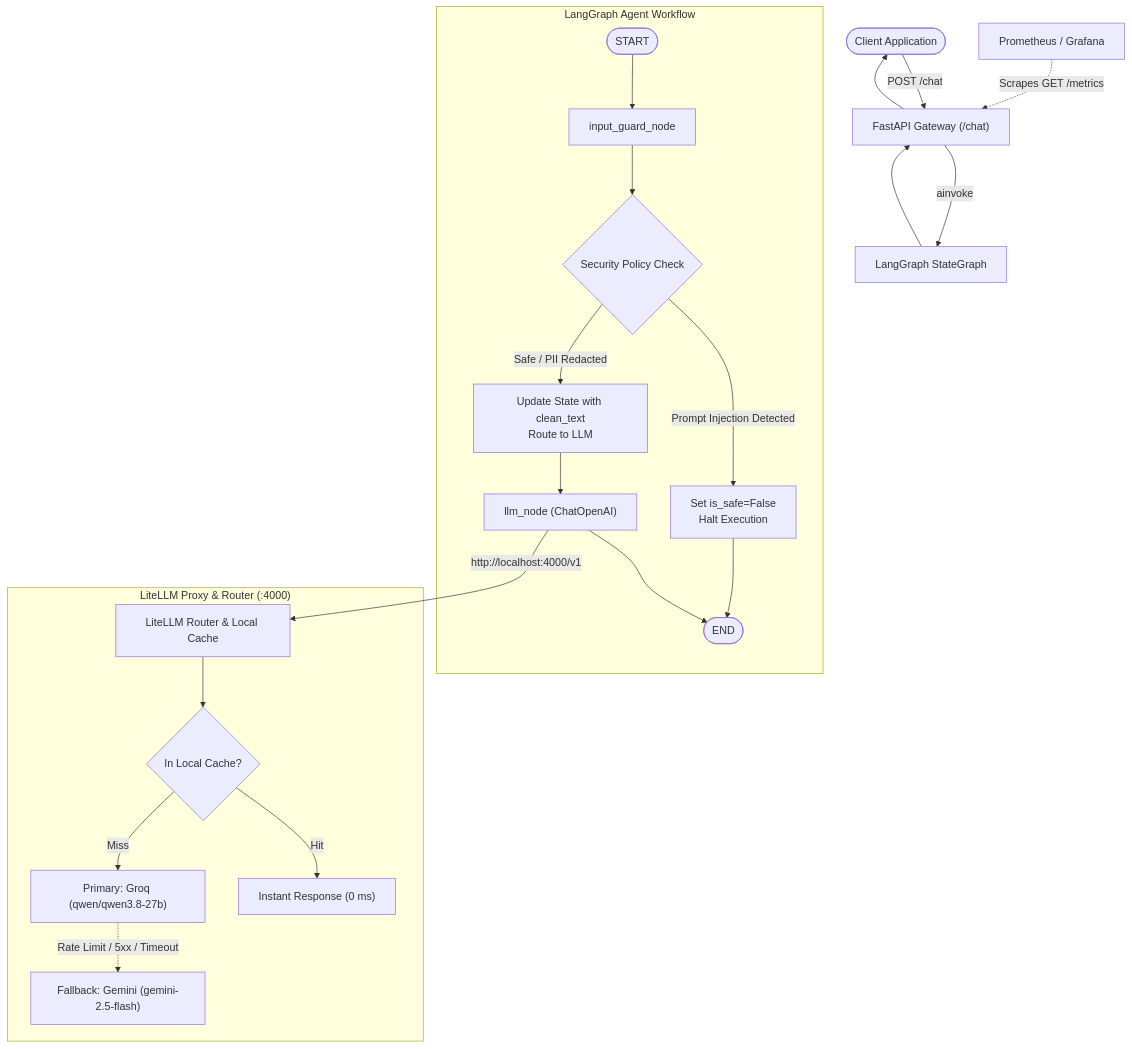
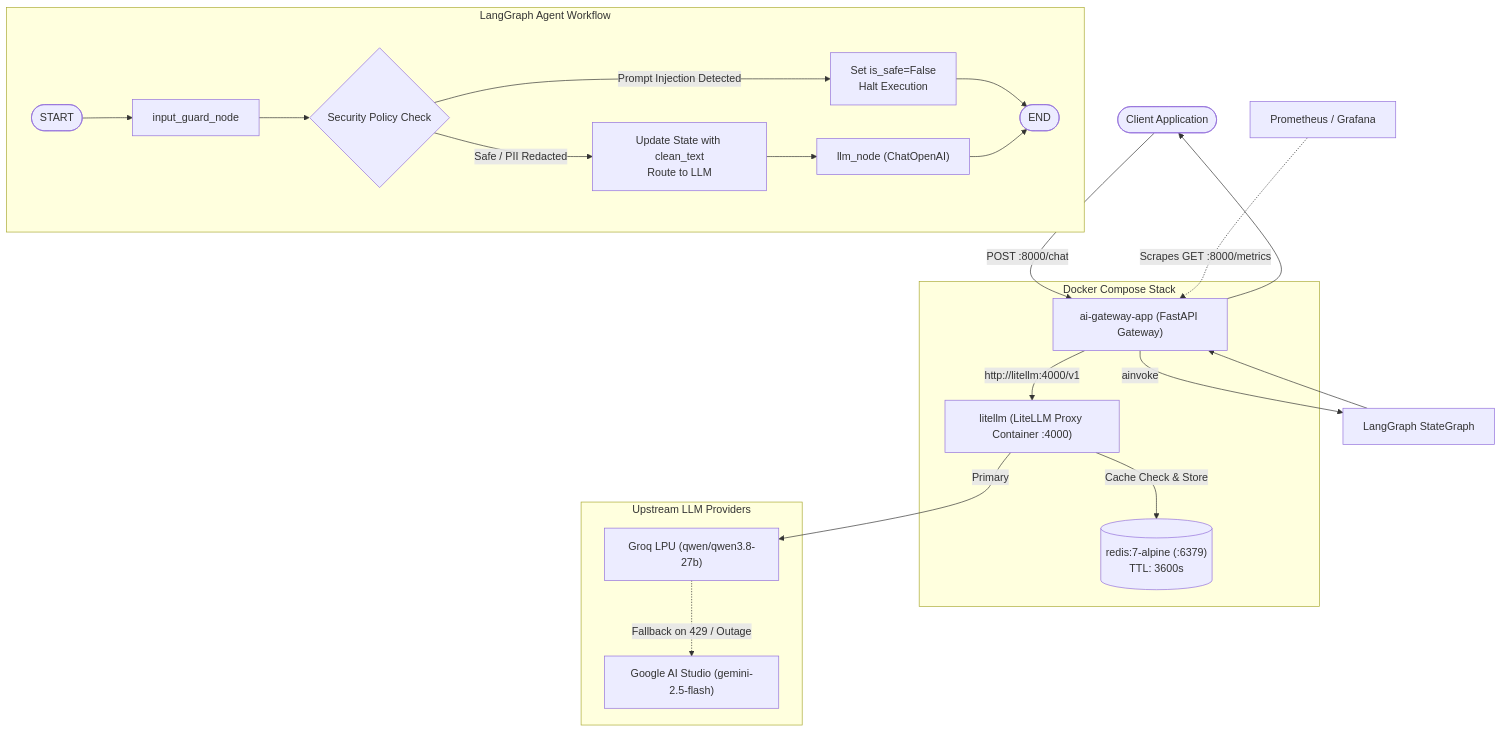
Before and after one commit to vasuvamsi/enterprise-ai-gateway: the diagram in README.md, drawn with Mermaid. The commit also changed other lines of this file and 7 other files, not shown here.

Commit message:
feat: add docker support and redis distributed caching for enterprise ai gateway

````diff
--- a/README.md
+++ b/README.md
@@ -11,27 +11,29 @@
 ```mermaid
 flowchart TD
-    Client(["Client Application"]) -->|POST /chat| API["FastAPI Gateway (/chat)"]
-    API -->|ainvoke| Graph["LangGraph StateGraph"]
+    Client(["Client Application"]) -->|POST :8000/chat| Gateway["ai-gateway-app (FastAPI Gateway)"]
+    Gateway -->|ainvoke| Graph["LangGraph StateGraph"]
 
     subgraph StateMachine ["LangGraph Agent Workflow"]
         Start([START]) --> GuardNode["input_guard_node"]
         GuardNode --> Check{Security Policy Check}
         Check -->|Prompt Injection Detected| Blocked["Set is_safe=False<br/>Halt Execution"]
         Check -->|Safe / PII Redacted| RouteLLM["Update State with clean_text<br/>Route to LLM"]
         RouteLLM --> LLMNode["llm_node (ChatOpenAI)"]
         Blocked --> EndNode([END])
         LLMNode --> EndNode
     end
 
-    subgraph ProxyLayer ["LiteLLM Proxy & Router (:4000)"]
-        LLMNode -->|http://localhost:4000/v1| Router["LiteLLM Router & Local Cache"]
-        Router --> Cache{In Local Cache?}
-        Cache -->|Hit| CachedResp["Instant Response (0 ms)"]
-        Cache -->|Miss| Primary["Primary: Groq (qwen/qwen3.8-27b)"]
-        Primary -.->|Rate Limit / 5xx / Timeout| Fallback["Fallback: Gemini (gemini-2.5-flash)"]
+    subgraph DockerCompose ["Docker Compose Stack"]
+        Gateway -->|http://litellm:4000/v1| LiteLLM["litellm (LiteLLM Proxy Container :4000)"]
+        LiteLLM -->|Cache Check & Store| Redis[("redis:7-alpine (:6379)<br/>TTL: 3600s")]
     end
 
-    Graph --> API
-    API --> Client
-    Prometheus["Prometheus / Grafana"] -.->|Scrapes GET /metrics| API
+    subgraph UpstreamProviders ["Upstream LLM Providers"]
+        LiteLLM -->|Primary| Groq["Groq LPU (qwen/qwen3.8-27b)"]
+        Groq -.->|Fallback on 429 / Outage| Gemini["Google AI Studio (gemini-2.5-flash)"]
+    end
+
+    Graph --> Gateway
+    Gateway --> Client
+    Prometheus["Prometheus / Grafana"] -.->|Scrapes GET :8000/metrics| Gateway
 ```
````
